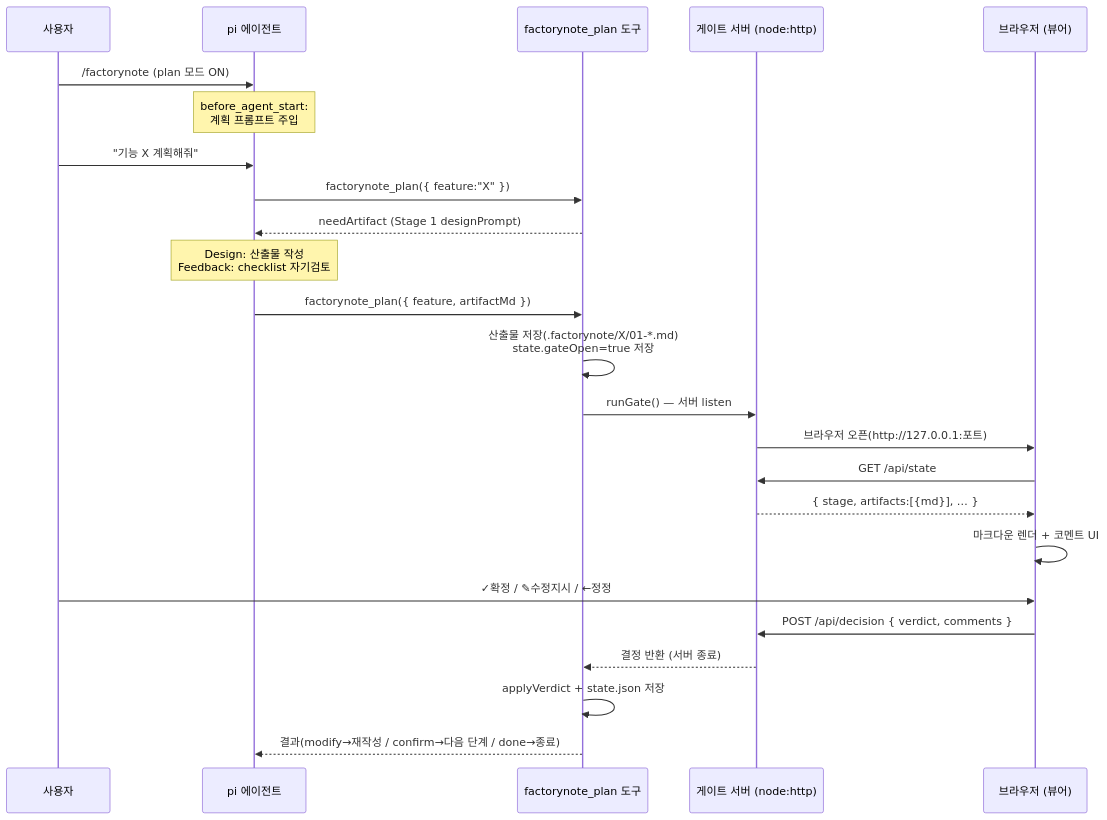
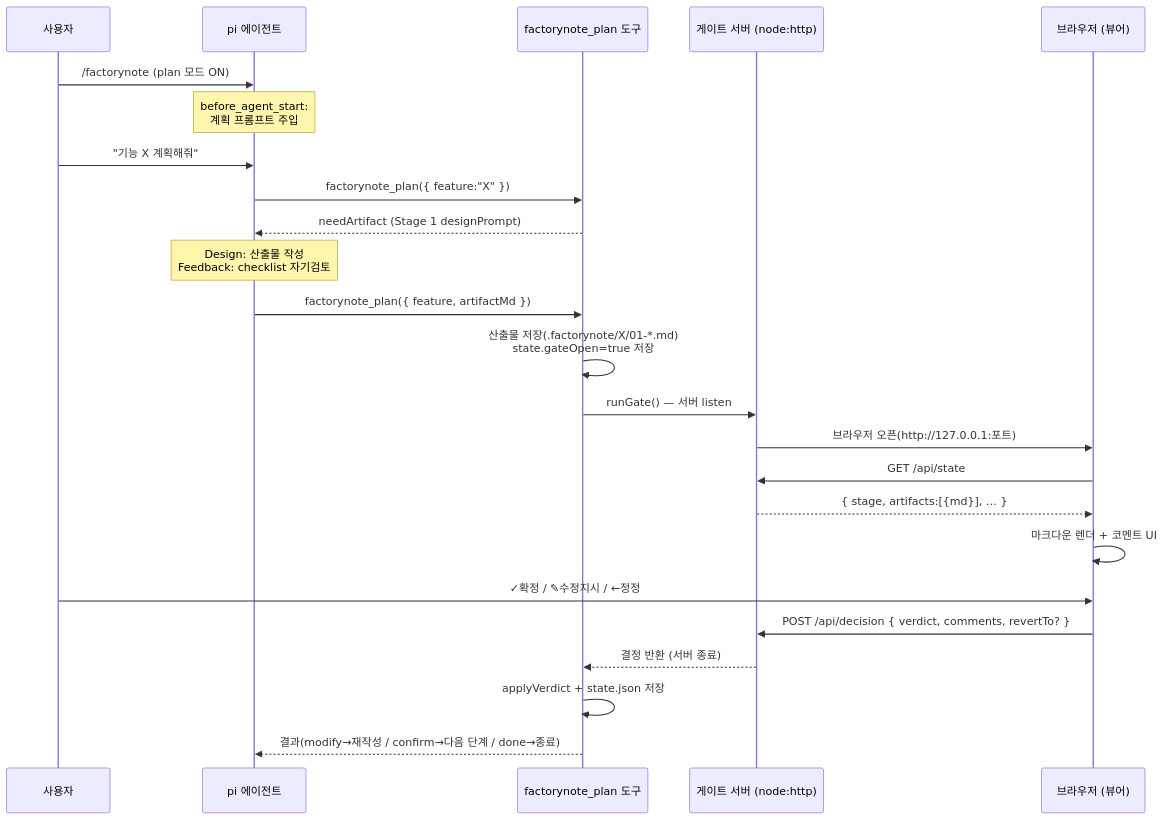
The diagram in vault/01-architecture/implementation-architecture.md (BIGSUNGG/FactoryNote), drawn with Mermaid before and after one commit. The commit also changed other lines of this file, not shown here.

Commit message:
docs(architecture): sync to hardened pipeline — revertTo/validThrough contracts + decisions table (multi-step revert, FR-2 escalation, gate timeout, resume, plan-mode auto-off)

````diff
--- a/vault/01-architecture/implementation-architecture.md
+++ b/vault/01-architecture/implementation-architecture.md
@@ -69,26 +69,26 @@
 ```mermaid
 sequenceDiagram
     participant U as 사용자
     participant Pi as pi 에이전트
     participant T as factorynote_plan 도구
     participant S as 게이트 서버 (node:http)
     participant W as 브라우저 (뷰어)
     U->>Pi: /factorynote (plan 모드 ON)
     Note over Pi: before_agent_start:<br/>계획 프롬프트 주입
     U->>Pi: "기능 X 계획해줘"
     Pi->>T: factorynote_plan({ feature:"X" })
     T-->>Pi: needArtifact (Stage 1 designPrompt)
     Note over Pi: Design: 산출물 작성<br/>Feedback: checklist 자기검토
     Pi->>T: factorynote_plan({ feature, artifactMd })
     T->>T: 산출물 저장(.factorynote/X/01-*.md)<br/>state.gateOpen=true 저장
     T->>S: runGate() — 서버 listen
     S->>W: 브라우저 오픈(http://127.0.0.1:포트)
     W->>S: GET /api/state
     S-->>W: { stage, artifacts:[{md}], … }
     W->>W: 마크다운 렌더 + 코멘트 UI
     U->>W: ✓확정 / ✎수정지시 / ←정정
-    W->>S: POST /api/decision { verdict, comments }
+    W->>S: POST /api/decision { verdict, comments, revertTo? }
     S-->>T: 결정 반환 (서버 종료)
     T->>T: applyVerdict + state.json 저장
     T-->>Pi: 결과(modify→재작성 / confirm→다음 단계 / done→종료)
 ```
````
